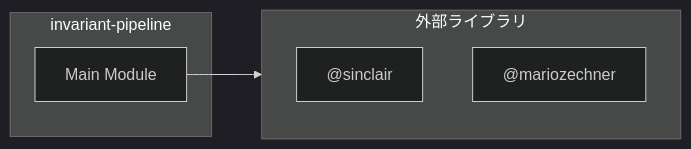
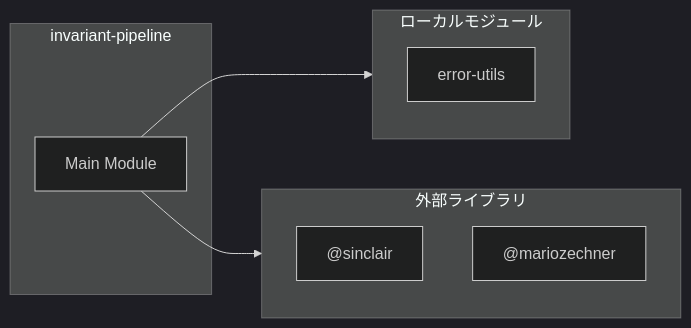
Before and after one commit to Mekann2904/mekann: the second of 2 diagrams in ABDD/.pi/extensions/invariant-pipeline.md, drawn with Mermaid (dark theme). The commit also changed other lines of this file and 189 other files, not shown here.

````diff
--- a/ABDD/.pi/extensions/invariant-pipeline.md
+++ b/ABDD/.pi/extensions/invariant-pipeline.md
@@ -108,11 +111,15 @@
 ```mermaid
 flowchart LR
   subgraph this[invariant-pipeline]
     main[Main Module]
   end
+  subgraph local[ローカルモジュール]
+    error_utils["error-utils"]
+  end
+  main --> local
   subgraph external[外部ライブラリ]
     _sinclair["@sinclair"]
     _mariozechner["@mariozechner"]
   end
   main --> external
 ```
````
